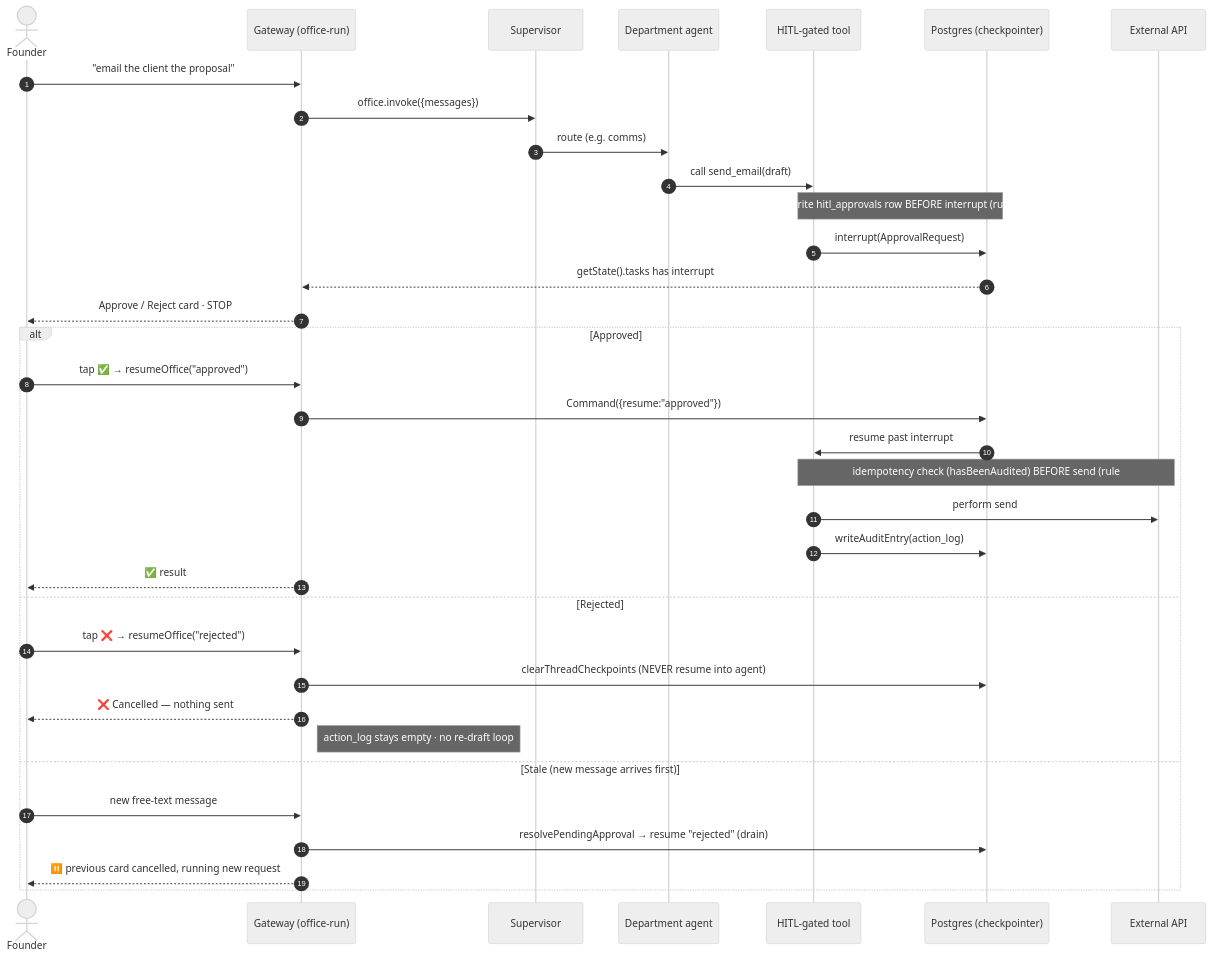
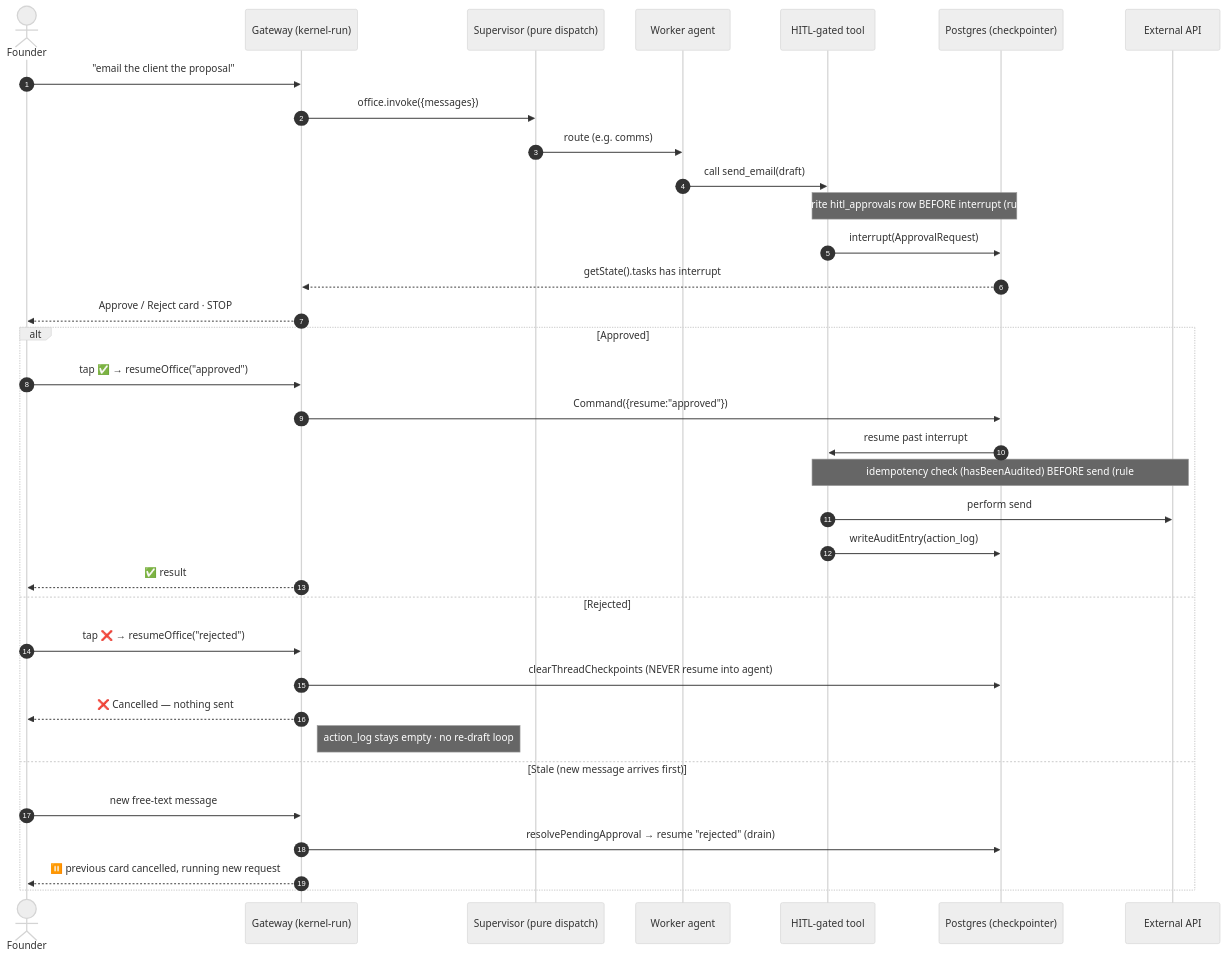
One commit to pushkarverma3698/FounderOS changed the diagram in docs/diagrams/03-hitl-flow.md. Above: the diagram before and after it, drawn with Mermaid (neutral theme). The commit also changed 65 other files, not shown here.

First line of the commit message:
docs: modernize to v3, add showcase diagrams, case studies & blogs

````diff
--- a/docs/diagrams/03-hitl-flow.md
+++ b/docs/diagrams/03-hitl-flow.md
@@ -10,39 +10,39 @@
 ```mermaid
 sequenceDiagram
   autonumber
   actor F as Founder
-  participant GW as Gateway (office-run)
-  participant SUP as Supervisor
-  participant DEPT as Department agent
+  participant GW as Gateway (kernel-run)
+  participant SUP as Supervisor (pure dispatch)
+  participant DEPT as Worker agent
   participant TOOL as HITL-gated tool
   participant PG as Postgres (checkpointer)
   participant EXT as External API
 
   F->>GW: "email the client the proposal"
   GW->>SUP: office.invoke({messages})
   SUP->>DEPT: route (e.g. comms)
   DEPT->>TOOL: call send_email(draft)
   Note over TOOL,PG: write hitl_approvals row BEFORE interrupt (rule #4)
   TOOL->>PG: interrupt(ApprovalRequest)
   PG-->>GW: getState().tasks has interrupt
   GW-->>F: Approve / Reject card · STOP
 
   alt Approved
     F->>GW: tap ✅ → resumeOffice("approved")
     GW->>PG: Command({resume:"approved"})
     PG->>TOOL: resume past interrupt
     Note over TOOL,EXT: idempotency check (hasBeenAudited) BEFORE send (rule #5)
     TOOL->>EXT: perform send
     TOOL->>PG: writeAuditEntry(action_log)
     GW-->>F: ✅ result
   else Rejected
     F->>GW: tap ❌ → resumeOffice("rejected")
     GW->>PG: clearThreadCheckpoints (NEVER resume into agent)
     GW-->>F: ❌ Cancelled — nothing sent
     Note right of GW: action_log stays empty · no re-draft loop
   else Stale (new message arrives first)
     F->>GW: new free-text message
     GW->>PG: resolvePendingApproval → resume "rejected" (drain)
     GW-->>F: ⏸️ previous card cancelled, running new request
   end
 ```
````
